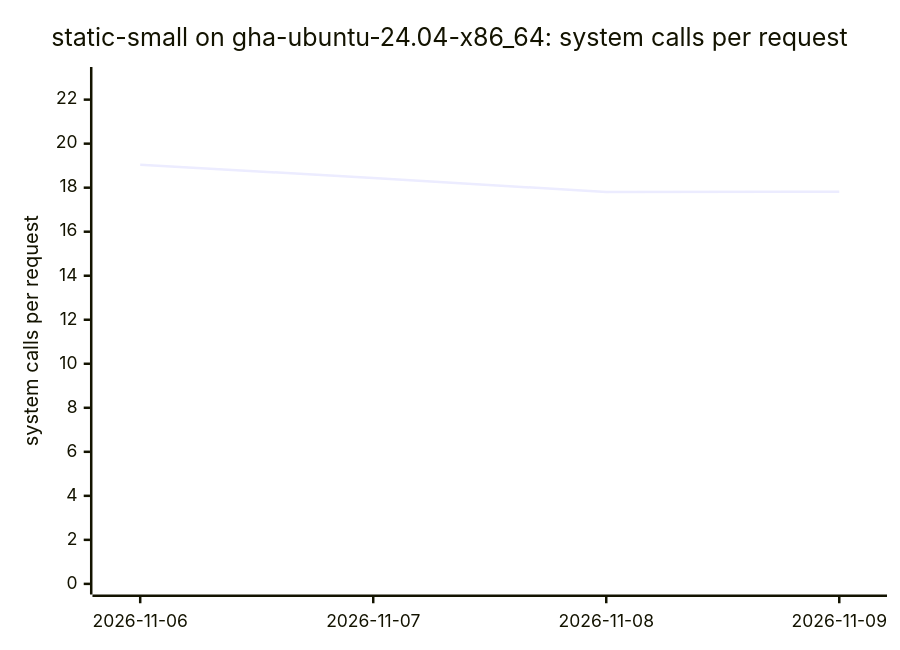
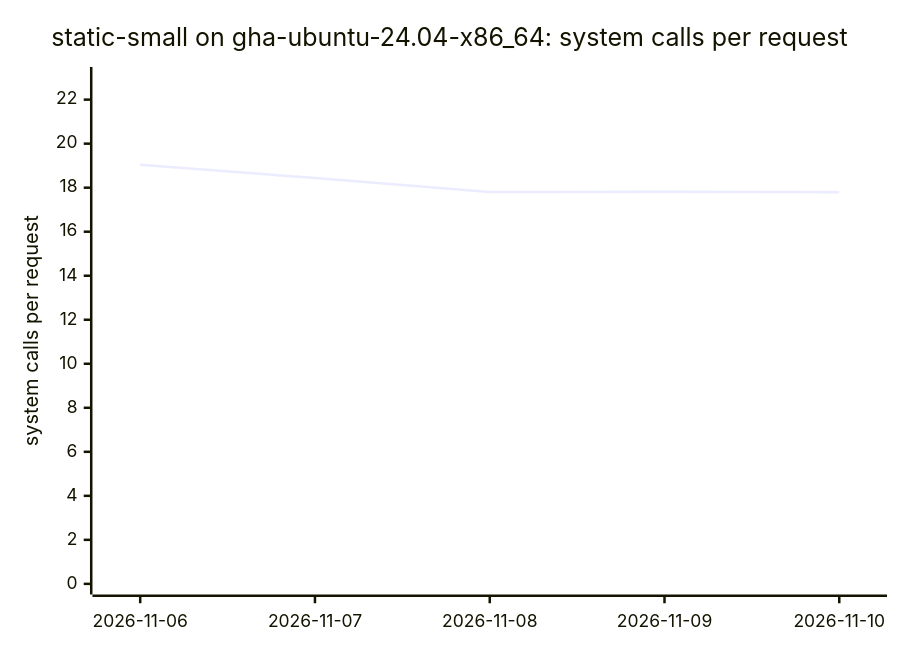
Before and after one commit to ThePixelPilgrim/durchlauferhitzer: the tenth of 18 diagrams in BENCHMARKS.md, drawn with Mermaid. The commit also changed other lines of this file and 1 other file, not shown here.

````diff
--- a/BENCHMARKS.md
+++ b/BENCHMARKS.md
@@ -118,7 +118,7 @@
 ```mermaid
 xychart-beta
   title "static-small on gha-ubuntu-24.04-x86_64: system calls per request"
-  x-axis ["2026-11-06", "2026-11-07", "2026-11-08", "2026-11-09"]
+  x-axis ["2026-11-06", "2026-11-07", "2026-11-08", "2026-11-09", "2026-11-10"]
   y-axis "system calls per request" 0 --> 23
-  line [19.04, 18.44, 17.80, 17.82]
+  line [19.04, 18.44, 17.80, 17.82, 17.79]
 ```
````
